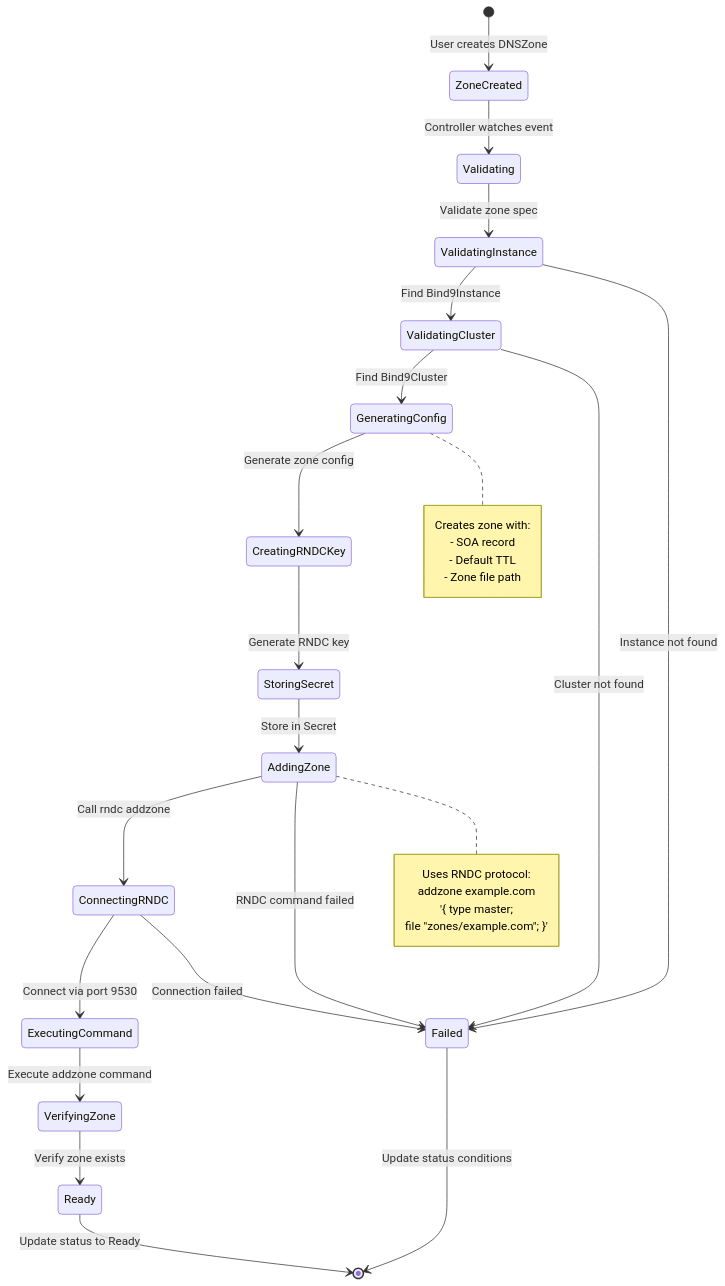
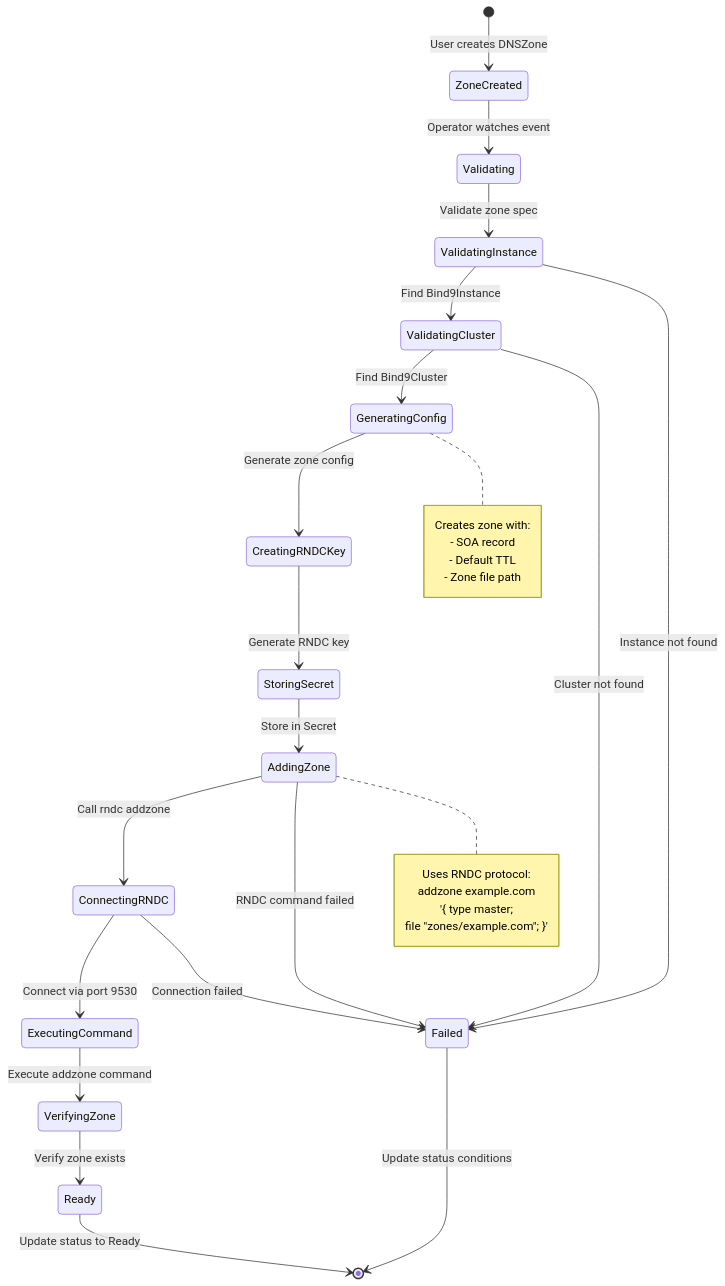
The fourth of 8 diagrams in docs/src/concepts/architecture-diagrams.md (firestoned/bindy), drawn with Mermaid before and after one commit. The commit also changed other lines of this file and 150 other files, not shown here.

Commit message:
Change the occurences from controller to operator (#83)

````diff
--- a/docs/src/concepts/architecture-diagrams.md
+++ b/docs/src/concepts/architecture-diagrams.md
@@ -305,42 +305,42 @@
 ```mermaid
 stateDiagram-v2
     [*] --> ZoneCreated: User creates DNSZone
 
-    ZoneCreated --> Validating: Controller watches event
+    ZoneCreated --> Validating: Operator watches event
 
     Validating --> ValidatingInstance: Validate zone spec
     ValidatingInstance --> ValidatingCluster: Find Bind9Instance
     ValidatingCluster --> GeneratingConfig: Find Bind9Cluster
 
     GeneratingConfig --> CreatingRNDCKey: Generate zone config
     CreatingRNDCKey --> StoringSecret: Generate RNDC key
     StoringSecret --> AddingZone: Store in Secret
 
     AddingZone --> ConnectingRNDC: Call rndc addzone
     ConnectingRNDC --> ExecutingCommand: Connect via port 9530
     ExecutingCommand --> VerifyingZone: Execute addzone command
 
     VerifyingZone --> Ready: Verify zone exists
     Ready --> [*]: Update status to Ready
 
     ValidatingInstance --> Failed: Instance not found
     ValidatingCluster --> Failed: Cluster not found
     AddingZone --> Failed: RNDC command failed
     ConnectingRNDC --> Failed: Connection failed
 
     Failed --> [*]: Update status conditions
 
     note right of GeneratingConfig
         Creates zone with:
         - SOA record
         - Default TTL
         - Zone file path
     end note
 
     note right of AddingZone
         Uses RNDC protocol:
         addzone example.com
         '{ type master;
            file "zones/example.com"; }'
     end note
 ```
````
